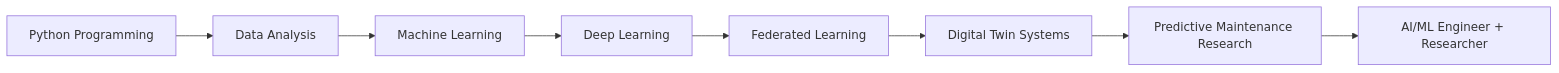
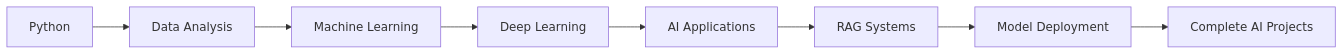
Before and after one commit to Shubham-Ut/Shubham-Ut: the first of 2 diagrams in README.md, drawn with Mermaid. The commit also changed other lines of this file, not shown here.

````diff
--- a/README.md
+++ b/README.md
@@ -257,10 +470,10 @@
 ```mermaid
 graph LR
-A[Python Programming] --> B[Data Analysis]
+A[Python] --> B[Data Analysis]
 B --> C[Machine Learning]
 C --> D[Deep Learning]
-D --> E[Federated Learning]
-E --> F[Digital Twin Systems]
-F --> G[Predictive Maintenance Research]
-G --> H[AI/ML Engineer + Researcher]
+D --> E[AI Applications]
+E --> F[RAG Systems]
+F --> G[Model Deployment]
+G --> H[Complete AI Projects]
 ```
````
